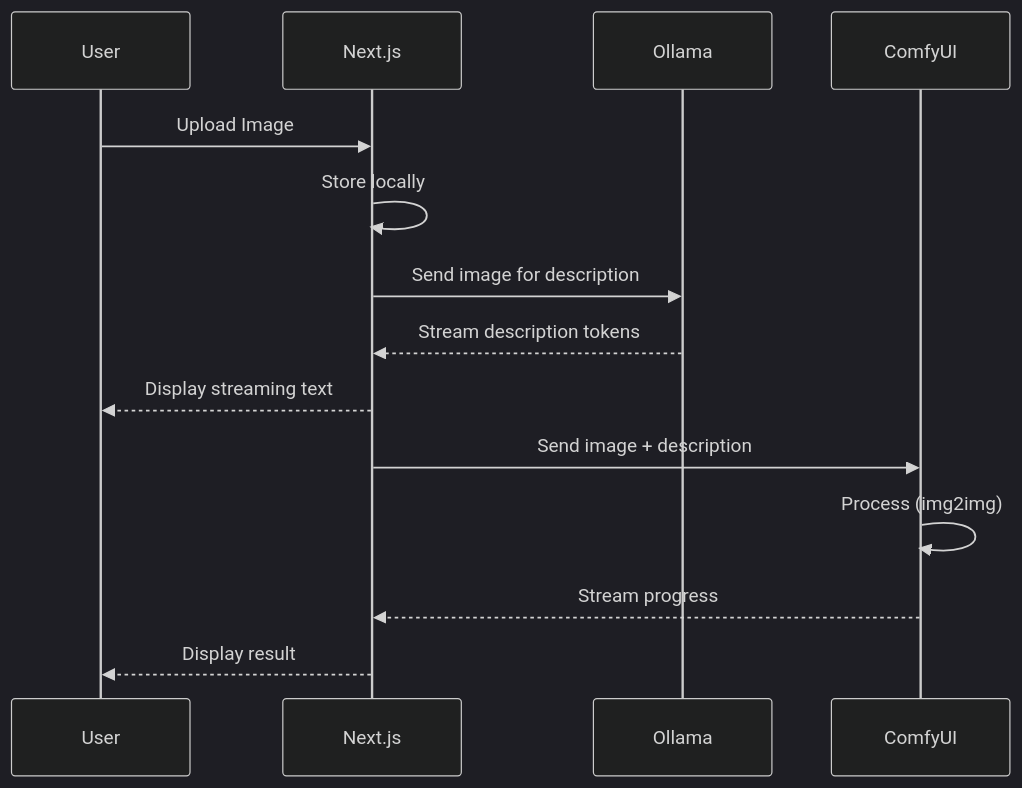
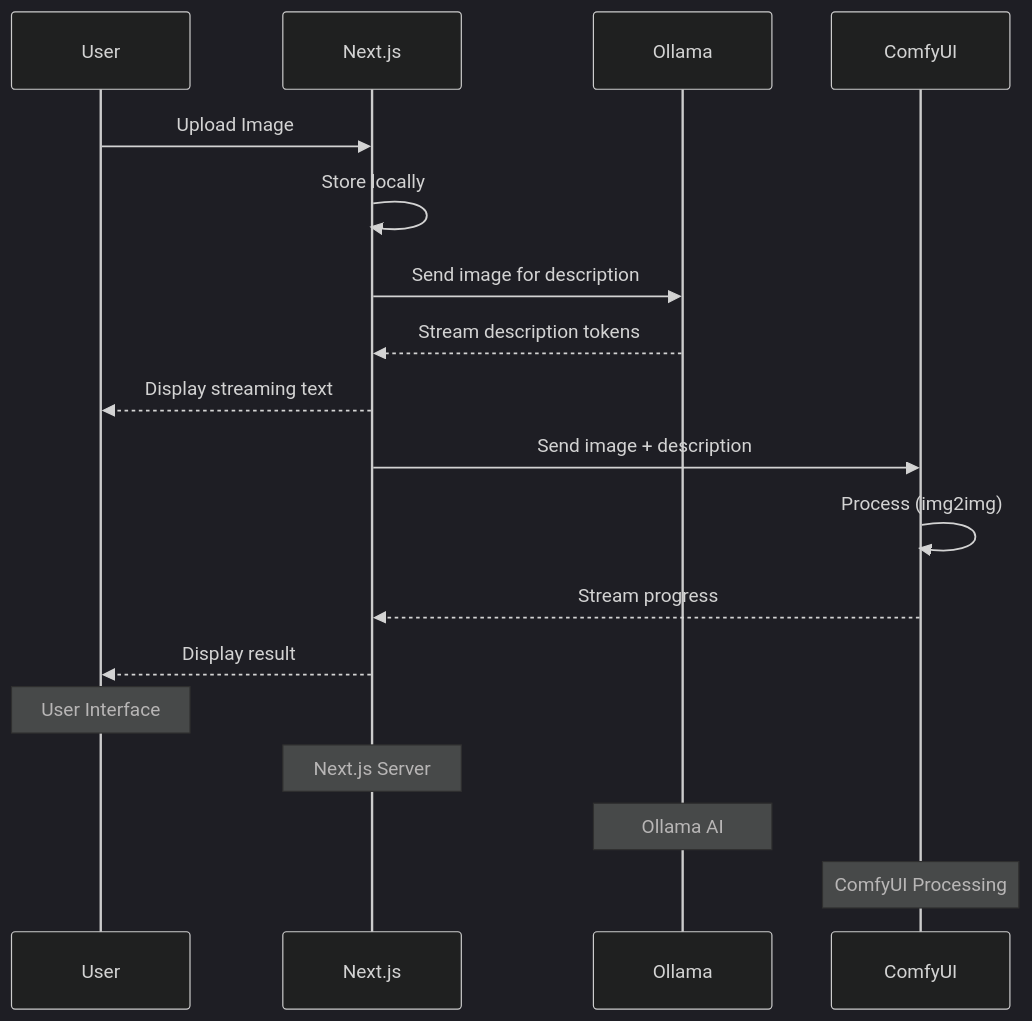
The third of 4 diagrams in README.md (johnnaumann/anthroposcenic_001), drawn with Mermaid (dark theme) before and after one commit. The commit also changed other lines of this file, not shown here.

Commit message:
Update README to enforce monotone styling in diagrams and flowcharts. Adjust color schemes to grayscale for improved consistency and accessibility across documentation. Add notes for user interface, server, and processing components in sequence diagrams.

````diff
--- a/README.md
+++ b/README.md
@@ -169,17 +175,22 @@
 ```mermaid
 sequenceDiagram
     participant U as User
     participant N as Next.js
     participant O as Ollama
     participant C as ComfyUI
     
     U->>N: Upload Image
     N->>N: Store locally
     N->>O: Send image for description
     O-->>N: Stream description tokens
     N-->>U: Display streaming text
     N->>C: Send image + description
     C->>C: Process (img2img)
     C-->>N: Stream progress
     N-->>U: Display result
+    
+    Note over U: User Interface
+    Note over N: Next.js Server
+    Note over O: Ollama AI
+    Note over C: ComfyUI Processing
 ```
````
